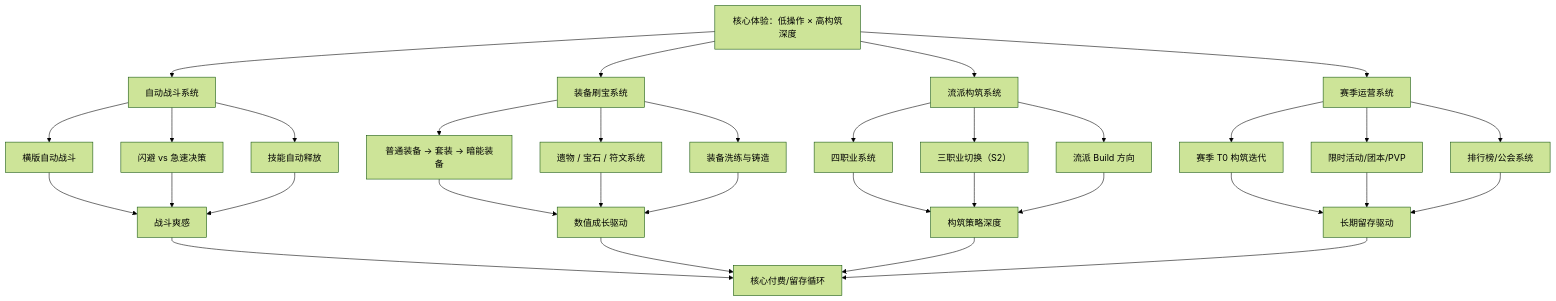
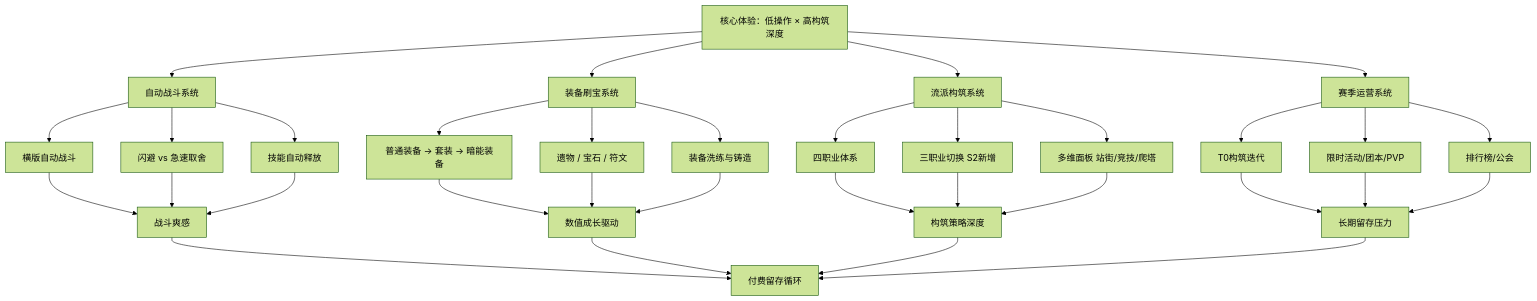
The diagram in games/action/英雄没有闪/英雄没有闪.md (hongyesuifeng/readbooks), drawn with Mermaid (forest theme) before and after one commit. The commit also changed other lines of this file and 15 other files, not shown here.

````diff
--- a/games/action/英雄没有闪/英雄没有闪.md
+++ b/games/action/英雄没有闪/英雄没有闪.md
@@ -52,30 +52,30 @@
 ```mermaid
 graph TD
     A[核心体验：低操作 × 高构筑深度] --> B[自动战斗系统]
     A --> C[装备刷宝系统]
     A --> D[流派构筑系统]
     A --> E[赛季运营系统]
 
     B --> B1[横版自动战斗]
-    B --> B2[闪避 vs 急速决策]
+    B --> B2[闪避 vs 急速取舍]
     B --> B3[技能自动释放]
 
     C --> C1[普通装备 → 套装 → 暗能装备]
-    C --> C2[遗物 / 宝石 / 符文系统]
+    C --> C2[遗物 / 宝石 / 符文]
     C --> C3[装备洗练与铸造]
 
-    D --> D1[四职业系统]
-    D --> D2[三职业切换（S2）]
-    D --> D3[流派 Build 方向]
+    D --> D1[四职业体系]
+    D --> D2[三职业切换 S2新增]
+    D --> D3[多维面板 站街/竞技/爬塔]
 
-    E --> E1[赛季 T0 构筑迭代]
+    E --> E1[T0构筑迭代]
     E --> E2[限时活动/团本/PVP]
-    E --> E3[排行榜/公会系统]
+    E --> E3[排行榜/公会]
 
     B1 & B2 & B3 --> F[战斗爽感]
     C1 & C2 & C3 --> G[数值成长驱动]
     D1 & D2 & D3 --> H[构筑策略深度]
-    E1 & E2 & E3 --> I[长期留存驱动]
+    E1 & E2 & E3 --> I[长期留存压力]
 
-    F & G & H & I --> J[核心付费/留存循环]
+    F & G & H & I --> J[付费留存循环]
 ```
````
